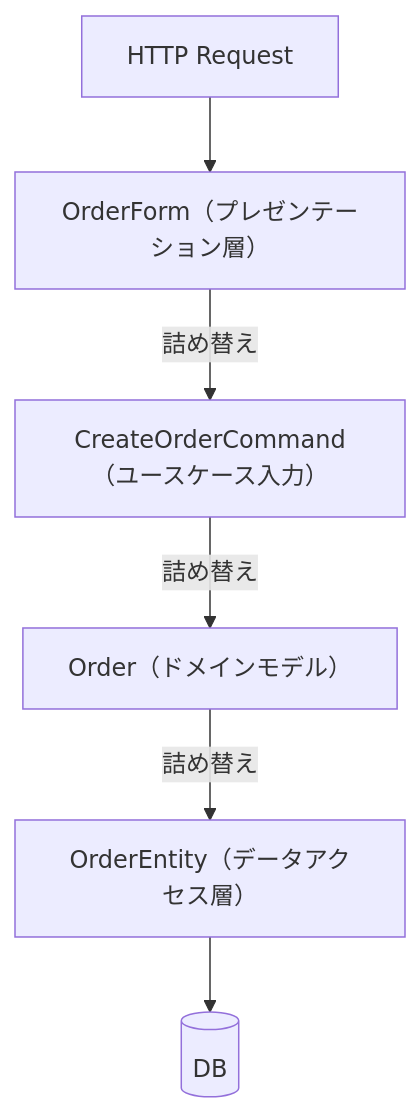
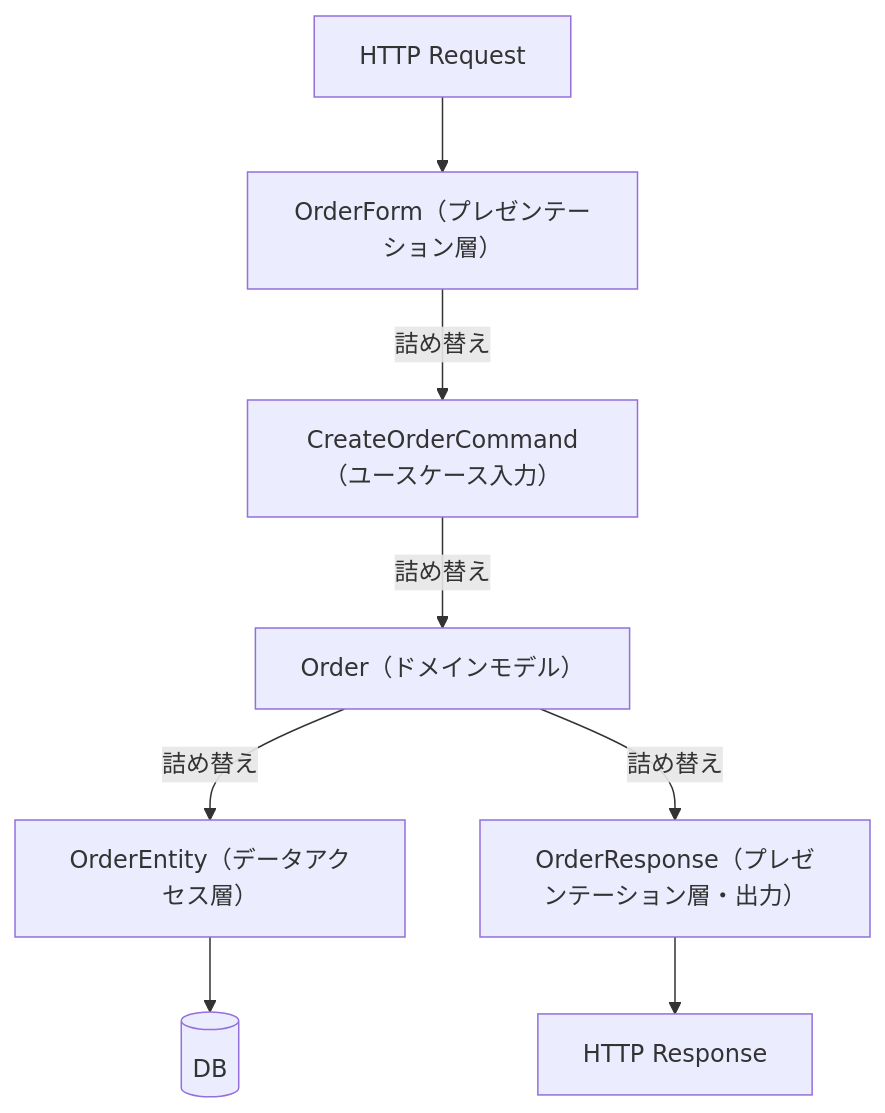
The second of 5 diagrams in books/ddd-detachment/part4-ch11-decoder-as-glue.md (kawasima/ddd-detachment), drawn with Mermaid before and after one commit. The commit also changed other lines of this file and 7 other files, not shown here.

````diff
--- a/books/ddd-detachment/part4-ch11-decoder-as-glue.md
+++ b/books/ddd-detachment/part4-ch11-decoder-as-glue.md
@@ -122,14 +188,18 @@
 ```mermaid
 flowchart TD
     A[HTTP Request]
     B["OrderForm（プレゼンテーション層）"]
     C["CreateOrderCommand（ユースケース入力）"]
     D["Order（ドメインモデル）"]
     E["OrderEntity（データアクセス層）"]
     F[(DB)]
+    G["OrderResponse（プレゼンテーション層・出力）"]
+    H[HTTP Response]
     A --> B
     B -->|詰め替え| C
     C -->|詰め替え| D
     D -->|詰め替え| E
     E --> F
+    D -->|詰め替え| G
+    G --> H
 ```
````
